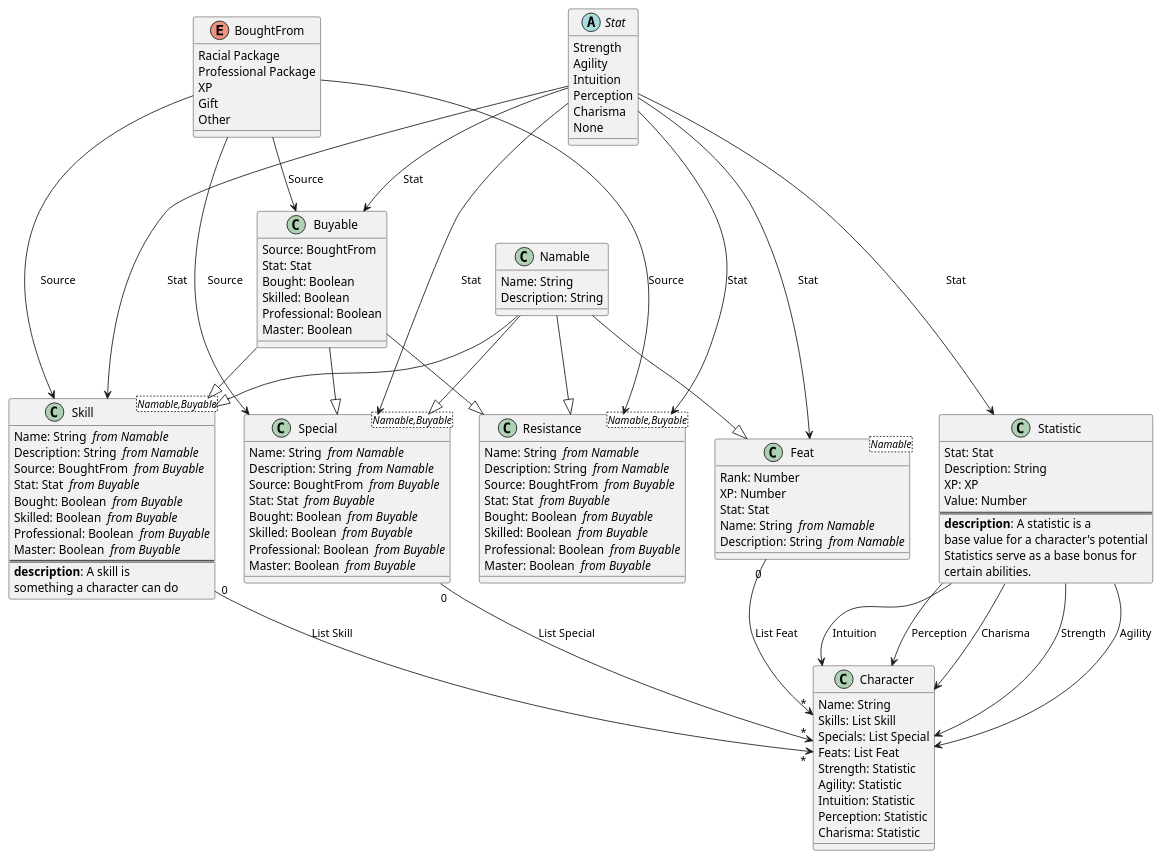
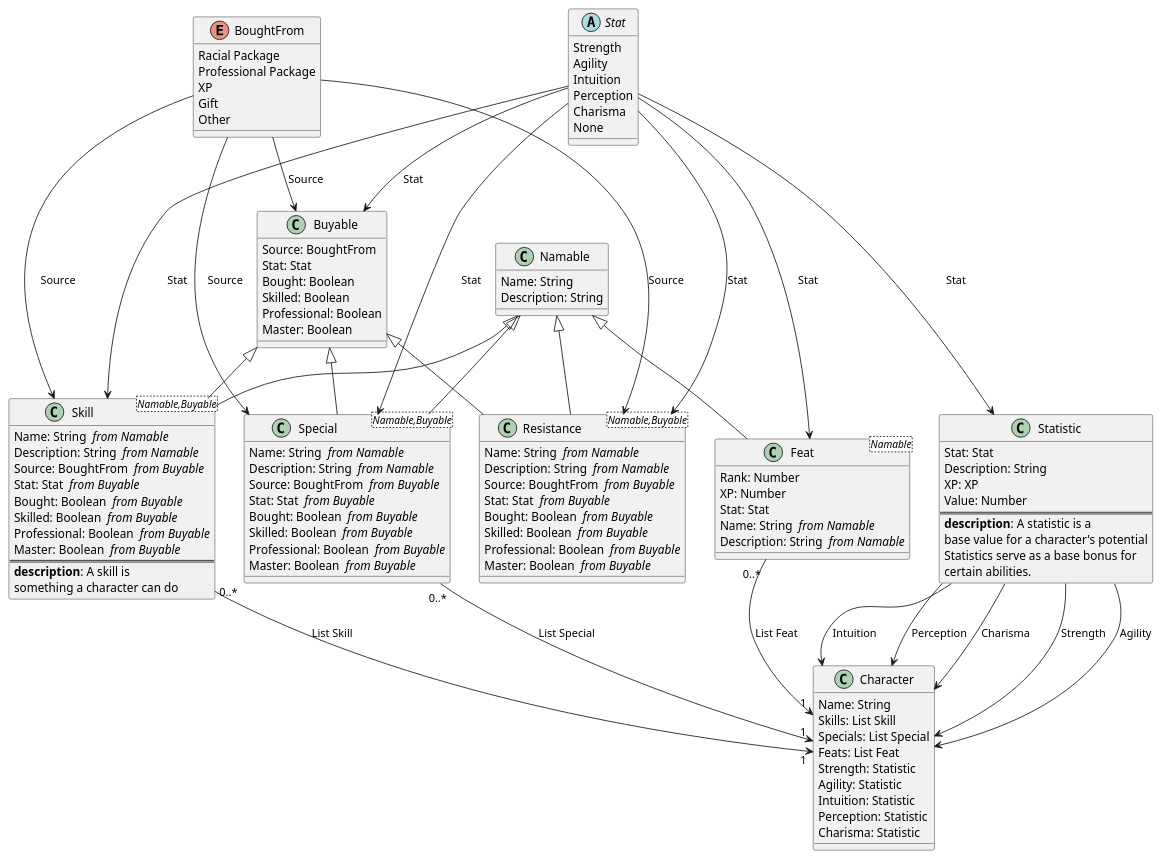
The diagram in Examples/output/v0.0.1/Aria/Aria.puml (Baudin999/car-lang), drawn with PlantUML before and after one commit. The commit also changed 56 other files, not shown here.

```diff
--- a/Examples/output/v0.0.1/Aria/Aria.puml
+++ b/Examples/output/v0.0.1/Aria/Aria.puml
@@ -1,115 +1,115 @@
 enum BoughtFrom {
 	Racial Package
 	Professional Package
 	XP
 	Gift
 	Other
 
 }
 abstract "Stat" as Stat {
 	Strength 
 	Agility 
 	Intuition 
 	Perception 
 	Charisma 
 	None 
 }
 class "Namable" as Namable  {
 	Name: String 
 	Description: String 
 }
 class "Buyable" as Buyable  {
 	Source: BoughtFrom 
 	Stat: Stat 
 	Bought: Boolean 
 	Skilled: Boolean 
 	Professional: Boolean 
 	Master: Boolean 
 }
 BoughtFrom --> Buyable : Source
 Stat --> Buyable : Stat
 class "Skill " as Skill <Namable,Buyable> {
 	Name: String  <i>from Namable</i>
 	Description: String  <i>from Namable</i>
 	Source: BoughtFrom  <i>from Buyable</i>
 	Stat: Stat  <i>from Buyable</i>
 	Bought: Boolean  <i>from Buyable</i>
 	Skilled: Boolean  <i>from Buyable</i>
 	Professional: Boolean  <i>from Buyable</i>
 	Master: Boolean  <i>from Buyable</i>
 ===
   <b>description</b>: A skill is
  something a character can do
 }
 BoughtFrom --> Skill : Source
 Stat --> Skill : Stat
-Namable --|> Skill
-Buyable --|> Skill
+Namable <|-- Skill
+Buyable <|-- Skill
 class "Resistance " as Resistance <Namable,Buyable> {
 	Name: String  <i>from Namable</i>
 	Description: String  <i>from Namable</i>
 	Source: BoughtFrom  <i>from Buyable</i>
 	Stat: Stat  <i>from Buyable</i>
 	Bought: Boolean  <i>from Buyable</i>
 	Skilled: Boolean  <i>from Buyable</i>
 	Professional: Boolean  <i>from Buyable</i>
 	Master: Boolean  <i>from Buyable</i>
 }
 BoughtFrom --> Resistance : Source
 Stat --> Resistance : Stat
-Namable --|> Resistance
-Buyable --|> Resistance
+Namable <|-- Resistance
+Buyable <|-- Resistance
 class "Special " as Special <Namable,Buyable> {
 	Name: String  <i>from Namable</i>
 	Description: String  <i>from Namable</i>
 	Source: BoughtFrom  <i>from Buyable</i>
 	Stat: Stat  <i>from Buyable</i>
 	Bought: Boolean  <i>from Buyable</i>
 	Skilled: Boolean  <i>from Buyable</i>
 	Professional: Boolean  <i>from Buyable</i>
 	Master: Boolean  <i>from Buyable</i>
 }
 BoughtFrom --> Special : Source
 Stat --> Special : Stat
-Namable --|> Special
-Buyable --|> Special
+Namable <|-- Special
+Buyable <|-- Special
 class "Feat " as Feat <Namable> {
 	Rank: Number 
 	XP: Number 
 	Stat: Stat 
 	Name: String  <i>from Namable</i>
 	Description: String  <i>from Namable</i>
 }
 Stat --> Feat : Stat
-Namable --|> Feat
+Namable <|-- Feat
 class "Statistic" as Statistic  {
 	Stat: Stat 
 	Description: String 
 	XP: XP 
 	Value: Number 
 ===
   <b>description</b>: A statistic is a
  base value for a character's potential
  Statistics serve as a base bonus for
  certain abilities.
 }
 Stat --> Statistic : Stat
 class "Character" as Character  {
 	Name: String 
 	Skills: List Skill
 	Specials: List Special
 	Feats: List Feat
 	Strength: Statistic 
 	Agility: Statistic 
 	Intuition: Statistic 
 	Perception: Statistic 
 	Charisma: Statistic 
 }
 Statistic --> Character : Strength
 Statistic --> Character : Agility
 Statistic --> Character : Intuition
 Statistic --> Character : Perception
 Statistic --> Character : Charisma
-Skill "0" --> "*" Character : List Skill
-Special "0" --> "*" Character : List Special
-Feat "0" --> "*" Character : List Feat
+Skill "0..*" --> "1" Character : List Skill
+Special "0..*" --> "1" Character : List Special
+Feat "0..*" --> "1" Character : List Feat
```
